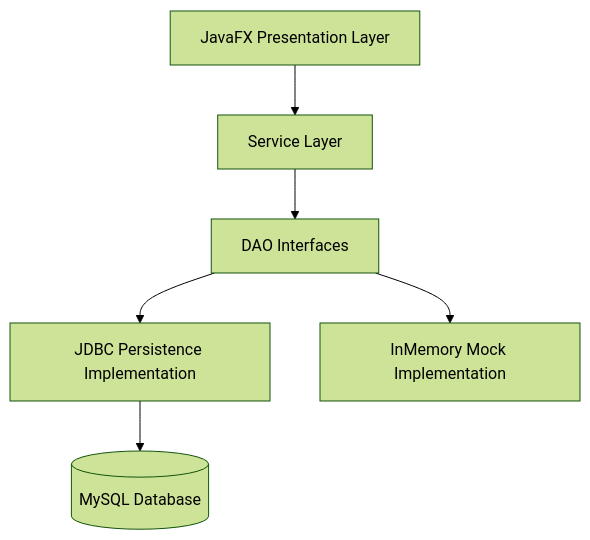
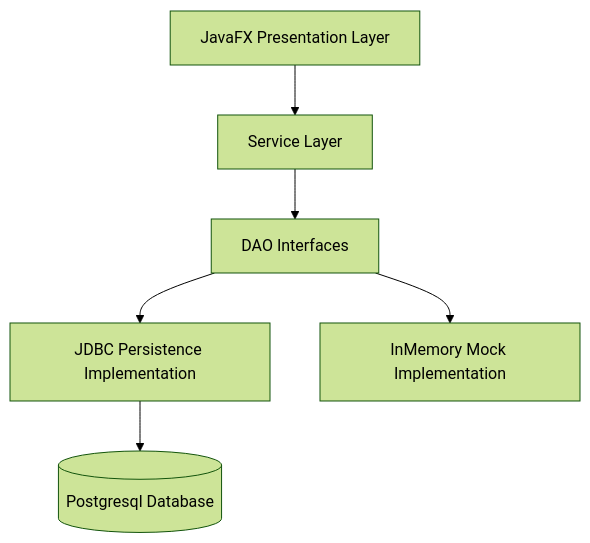
One commit to Timothee-Robin/ArtConnect-Application changed the diagram in README.md. Above: the diagram before and after it, drawn with Mermaid (forest theme).

Commit message:
change on the graph

````diff
--- a/README.md
+++ b/README.md
@@ -44,8 +44,8 @@
 ```mermaid
 graph TD
     UI[JavaFX Presentation Layer] --> Service[Service Layer]
     Service --> DAO[DAO Interfaces]
     DAO --> JDBC[JDBC Persistence Implementation]
     DAO --> InMemory[InMemory Mock Implementation]
-    JDBC --> DB[(MySQL Database)]
+    JDBC --> DB[(Postgresql Database)]
 ```
````
